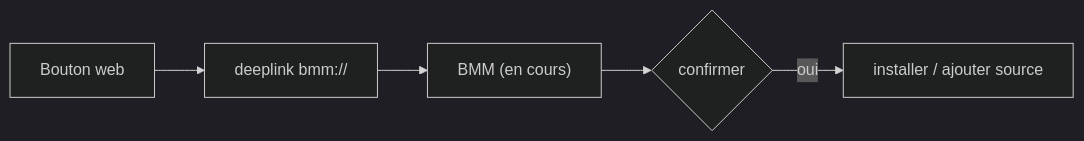
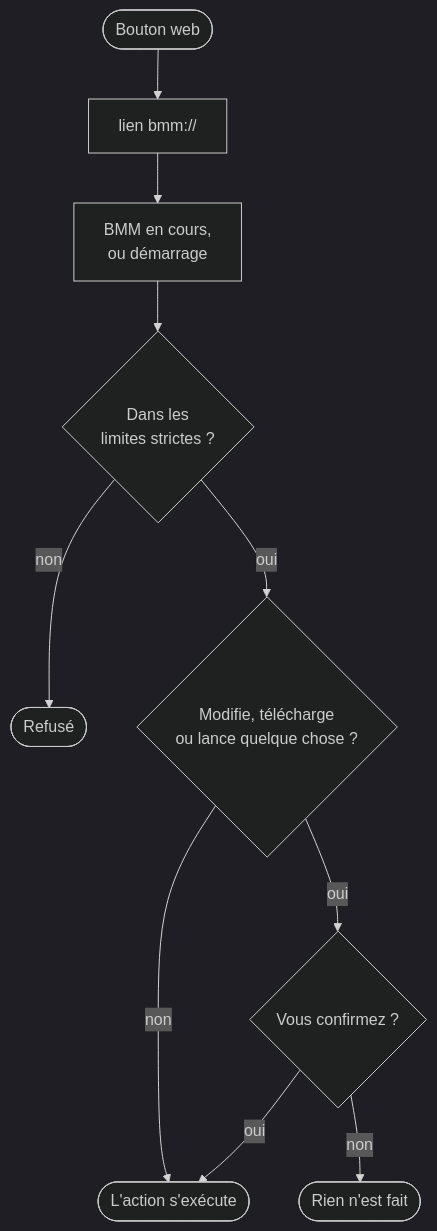
The second of 3 diagrams in frontend/assets/docs/fr/how-it-works/extending.md (FreeProject089/BetterModsManager), drawn with Mermaid (dark theme) before and after one commit. The commit also changed other lines of this file and 176 other files, not shown here.

````diff
--- a/frontend/assets/docs/fr/how-it-works/extending.md
+++ b/frontend/assets/docs/fr/how-it-works/extending.md
@@ -46,7 +51,12 @@
 ```mermaid
-flowchart LR
-    WEB["Bouton web"] --> LINK["deeplink bmm://"]
-    LINK --> APP["BMM (en cours)"]
-    APP --> CONFIRM{"confirmer"}
-    CONFIRM -- oui --> ACT["installer / ajouter source"]
+flowchart TD
+    WEB(["Bouton web"]) --> LINK["lien bmm://"]
+    LINK --> APP["BMM en cours,<br/>ou démarrage"]
+    APP --> LIMITS{"Dans les<br/>limites strictes ?"}
+    LIMITS -- "non" --> REFUSE(["Refusé"])
+    LIMITS -- "oui" --> WRITES{"Modifie, télécharge<br/>ou lance quelque chose ?"}
+    WRITES -- "non" --> ACT(["L'action s'exécute"])
+    WRITES -- "oui" --> CONFIRM{"Vous confirmez ?"}
+    CONFIRM -- "oui" --> ACT
+    CONFIRM -- "non" --> CANCEL(["Rien n'est fait"])
 ```
````
